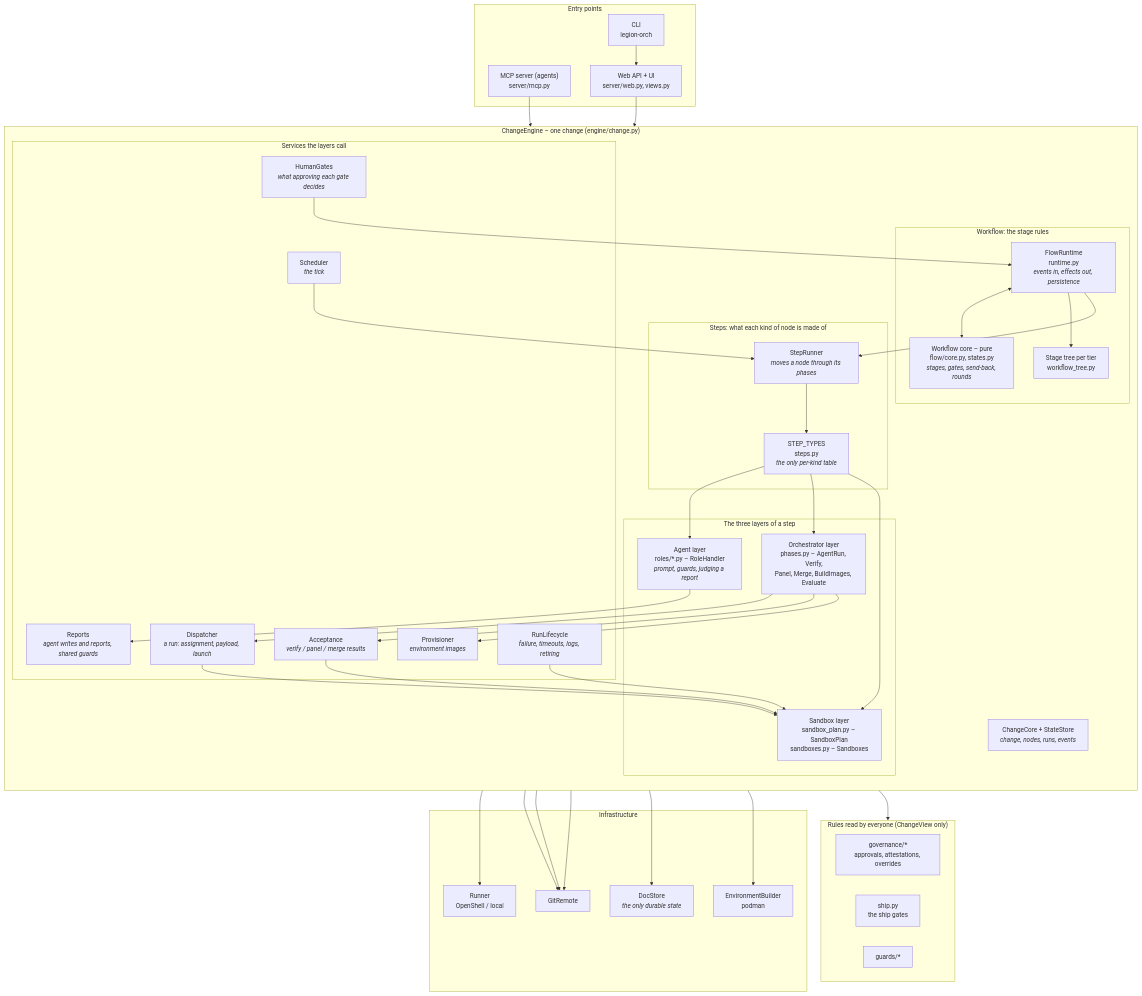
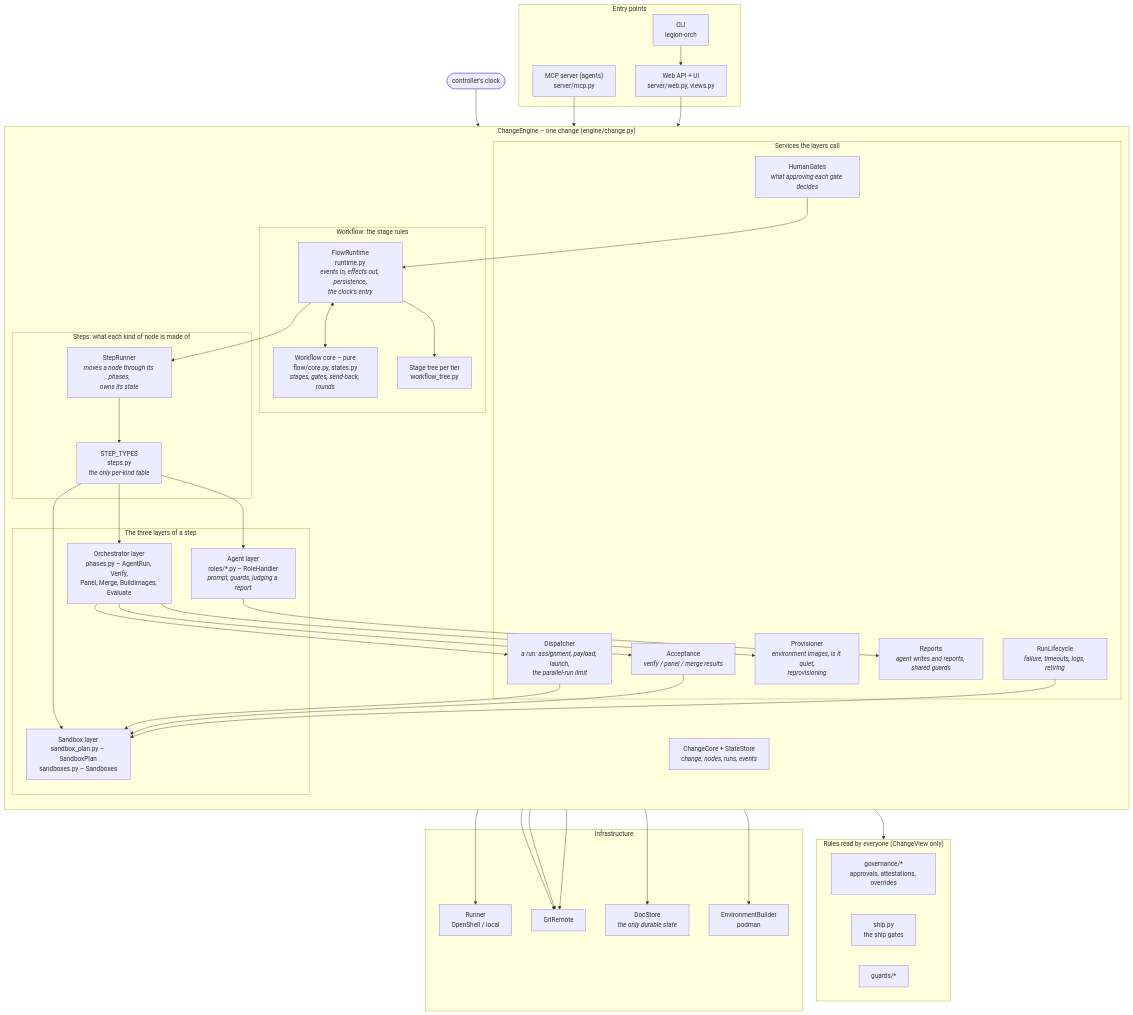
The first of 6 diagrams in docs/architecture.md (mr-miles/orchestrator), drawn with Mermaid before and after one commit. The commit also changed other lines of this file and 15 other files, not shown here.

First line of the commit message:
No scheduler: the clock cascades from the runtime; the limit is the dispatcher's

````diff
--- a/docs/architecture.md
+++ b/docs/architecture.md
@@ -13,70 +13,69 @@
 ```mermaid
 flowchart TB
     subgraph entry["Entry points"]
         web["Web API + UI<br/>server/web.py, views.py"]
         mcp["MCP server (agents)<br/>server/mcp.py"]
         cli["CLI<br/>legion-orch"]
     end
 
     subgraph engine["ChangeEngine – one change (engine/change.py)"]
         direction TB
         subgraph wf["Workflow: the stage rules"]
             core["Workflow core – pure<br/>flow/core.py, states.py<br/><i>stages, gates, send-back, rounds</i>"]
             tree["Stage tree per tier<br/>workflow_tree.py"]
-            rt["FlowRuntime<br/>runtime.py<br/><i>events in, effects out, persistence</i>"]
+            rt["FlowRuntime<br/>runtime.py<br/><i>events in, effects out, persistence,<br/>the clock's entry</i>"]
         end
         subgraph steps["Steps: what each kind of node is made of"]
-            runner["StepRunner<br/><i>moves a node through its phases</i>"]
+            runner["StepRunner<br/><i>moves a node through its phases,<br/>owns its state</i>"]
             types["STEP_TYPES<br/>steps.py<br/><i>the only per-kind table</i>"]
         end
         subgraph layers["The three layers of a step"]
             agent["Agent layer<br/>roles/*.py – RoleHandler<br/><i>prompt, guards, judging a report</i>"]
             phases["Orchestrator layer<br/>phases.py – AgentRun, Verify,<br/>Panel, Merge, BuildImages, Evaluate"]
             sbx["Sandbox layer<br/>sandbox_plan.py – SandboxPlan<br/>sandboxes.py – Sandboxes"]
         end
         subgraph svc["Services the layers call"]
-            disp["Dispatcher<br/><i>a run: assignment, payload, launch</i>"]
+            disp["Dispatcher<br/><i>a run: assignment, payload, launch,<br/>the parallel-run limit</i>"]
             reports["Reports<br/><i>agent writes and reports, shared guards</i>"]
             acc["Acceptance<br/><i>verify / panel / merge results</i>"]
-            prov["Provisioner<br/><i>environment images</i>"]
+            prov["Provisioner<br/><i>environment images, is it quiet,<br/>reprovisioning</i>"]
             life["RunLifecycle<br/><i>failure, timeouts, logs, retiring</i>"]
             gates["HumanGates<br/><i>what approving each gate decides</i>"]
-            sched["Scheduler<br/><i>the tick</i>"]
         end
         state["ChangeCore + StateStore<br/><i>change, nodes, runs, events</i>"]
     end
 
     subgraph gov["Rules read by everyone (ChangeView only)"]
         governance["governance/*<br/>approvals, attestations, overrides"]
         ship["ship.py<br/>the ship gates"]
         guards["guards/*"]
     end
 
     subgraph infra["Infrastructure"]
         runnerx["Runner<br/>OpenShell / local"]
         git["GitRemote"]
         store["DocStore<br/><i>the only durable state</i>"]
         builder["EnvironmentBuilder<br/>podman"]
     end
 
+    clock(["controller's clock"]) --> rt
     web --> engine
     cli --> web
     mcp --> reports
     rt <--> core
     rt --> tree
     rt --> runner
-    sched --> runner
     gates --> rt
     runner --> types
     types --> agent & phases & sbx
     phases --> disp & acc & prov
     agent --> reports
     disp --> sbx
     acc --> sbx
     life --> sbx
     engine --> gov
     sbx --> runnerx
     disp & acc & gates --> git
     state --> store
     prov --> builder
 ```
````
